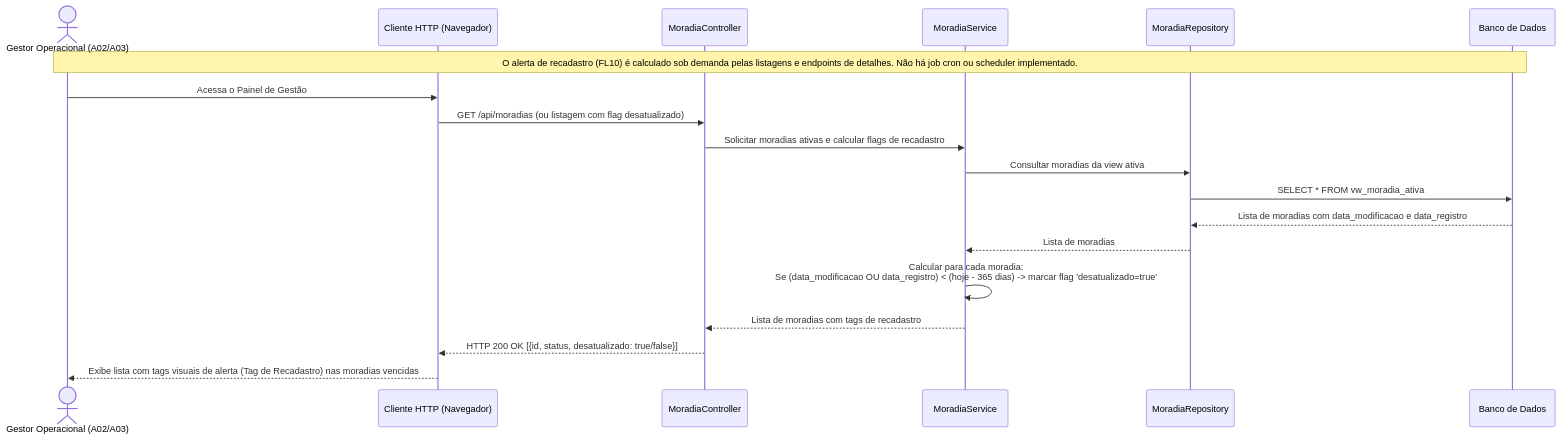
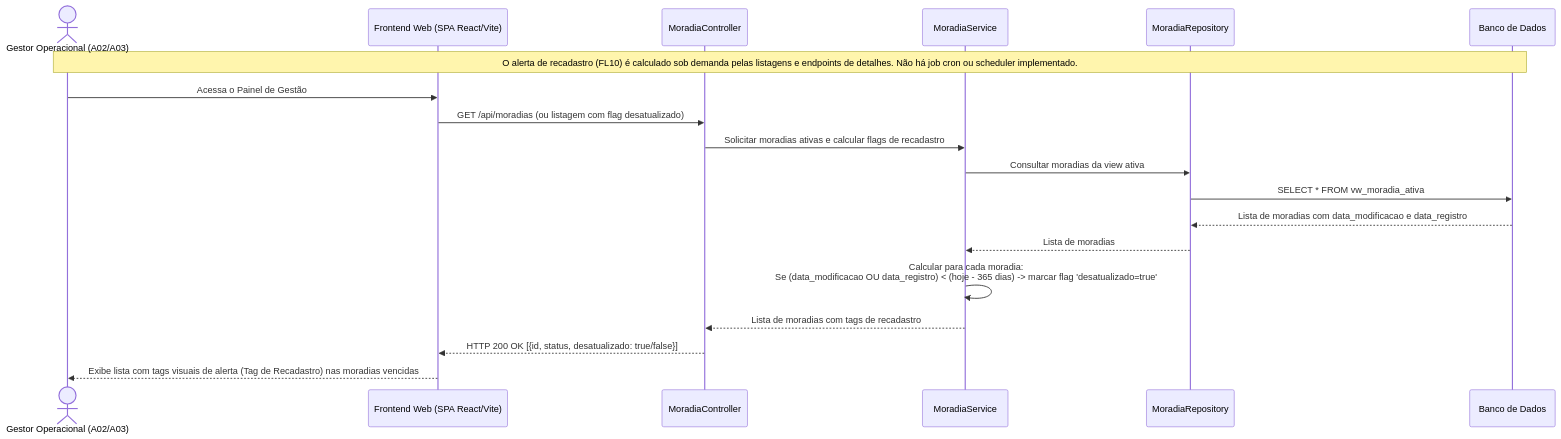
Before and after one commit to davitricarico-wq/g03: diagram 12 of 17 in documentos/wad.md, drawn with Mermaid. The commit also changed other lines of this file and 1 other file, not shown here.

````diff
--- a/documentos/wad.md
+++ b/documentos/wad.md
@@ -1281,25 +1332,25 @@
 ```mermaid
 sequenceDiagram
     actor Gestor as Gestor Operacional (A02/A03)
-    participant Frontend as Cliente HTTP (Navegador)
+    participant Frontend as Frontend Web (SPA React/Vite)
     participant Controller as MoradiaController
     participant Service as MoradiaService
     participant Repository as MoradiaRepository
     participant DB as Banco de Dados
 
     Note over Gestor, DB: O alerta de recadastro (FL10) é calculado sob demanda pelas listagens e endpoints de detalhes. Não há job cron ou scheduler implementado.
 
     Gestor->>Frontend: Acessa o Painel de Gestão
     Frontend->>Controller: GET /api/moradias (ou listagem com flag desatualizado)
     Controller->>Service: Solicitar moradias ativas e calcular flags de recadastro
     Service->>Repository: Consultar moradias da view ativa
     Repository->>DB: SELECT * FROM vw_moradia_ativa
     DB-->>Repository: Lista de moradias com data_modificacao e data_registro
     Repository-->>Service: Lista de moradias
 
     Service->>Service: Calcular para cada moradia:<br/>Se (data_modificacao OU data_registro) < (hoje - 365 dias) -> marcar flag 'desatualizado=true'
 
     Service-->>Controller: Lista de moradias com tags de recadastro
     Controller-->>Frontend: HTTP 200 OK [{id, status, desatualizado: true/false}]
     Frontend-->>Gestor: Exibe lista com tags visuais de alerta (Tag de Recadastro) nas moradias vencidas
 ```
````
